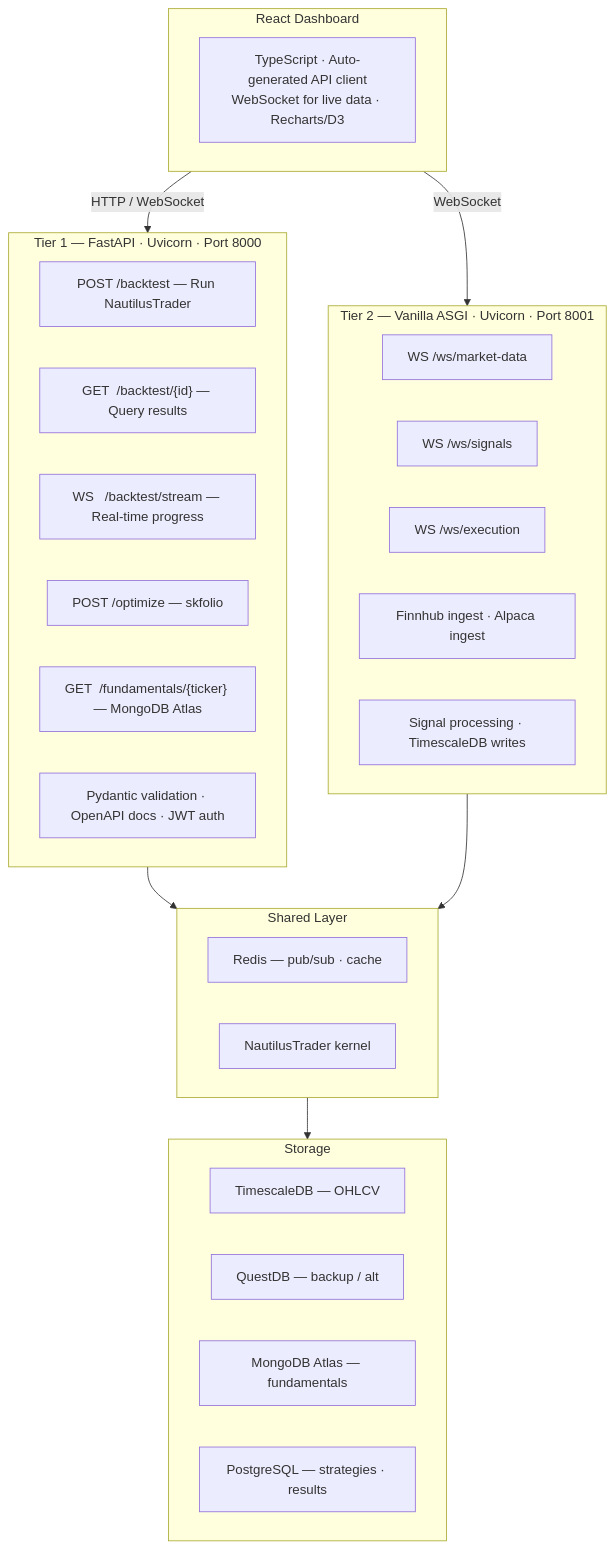
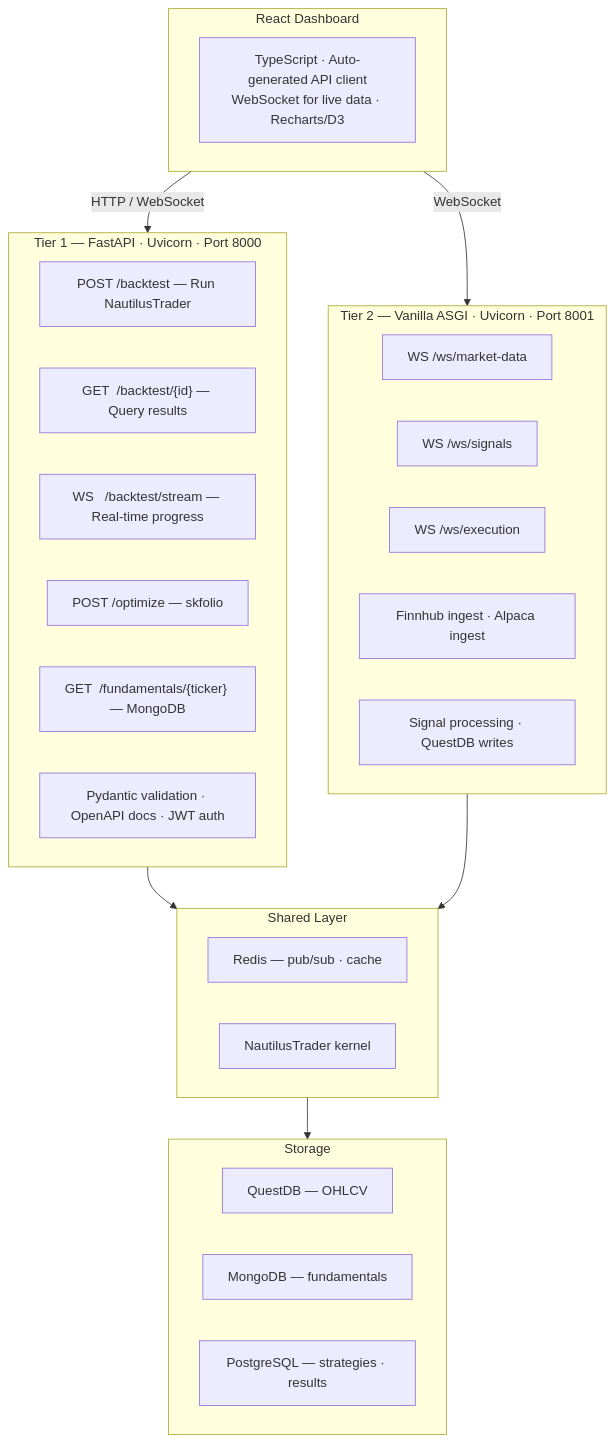
Before and after one commit to huydhoang/quantlens-docs: the second of 2 diagrams in asgi_web_server.md, drawn with Mermaid. The commit also changed other lines of this file and 5 other files, not shown here.

Commit message:
docs: update to local-first architecture with QuestDB, Docker Compose, and Neon platform

````diff
--- a/asgi_web_server.md
+++ b/asgi_web_server.md
@@ -468,43 +468,42 @@
 ```mermaid
 flowchart TD
     subgraph frontend["React Dashboard"]
         FE["TypeScript · Auto-generated API client\nWebSocket for live data · Recharts/D3"]
     end
 
     frontend -->|HTTP / WebSocket| tier1
     frontend -->|WebSocket| tier2
 
     subgraph tier1["Tier 1 — FastAPI · Uvicorn · Port 8000"]
         T1A["POST /backtest — Run NautilusTrader"]
         T1B["GET  /backtest/&lbrace;id&rbrace; — Query results"]
         T1C["WS   /backtest/stream — Real-time progress"]
         T1D["POST /optimize — skfolio"]
-        T1E["GET  /fundamentals/&lbrace;ticker&rbrace; — MongoDB Atlas"]
+        T1E["GET  /fundamentals/&lbrace;ticker&rbrace; — MongoDB"]
         T1F["Pydantic validation · OpenAPI docs · JWT auth"]
     end
 
     subgraph tier2["Tier 2 — Vanilla ASGI · Uvicorn · Port 8001"]
         T2A["WS /ws/market-data"]
         T2B["WS /ws/signals"]
         T2C["WS /ws/execution"]
         T2D["Finnhub ingest · Alpaca ingest"]
-        T2E["Signal processing · TimescaleDB writes"]
+        T2E["Signal processing · QuestDB writes"]
     end
 
     tier1 --> shared
     tier2 --> shared
 
     subgraph shared["Shared Layer"]
         SH1["Redis — pub/sub · cache"]
         SH2["NautilusTrader kernel"]
     end
 
     shared --> storage
 
     subgraph storage["Storage"]
-        DB1["TimescaleDB — OHLCV"]
-        DB2["QuestDB — backup / alt"]
-        DB3["MongoDB Atlas — fundamentals"]
+        DB1["QuestDB — OHLCV"]
+        DB3["MongoDB — fundamentals"]
         DB4["PostgreSQL — strategies · results"]
     end
 ```
````
